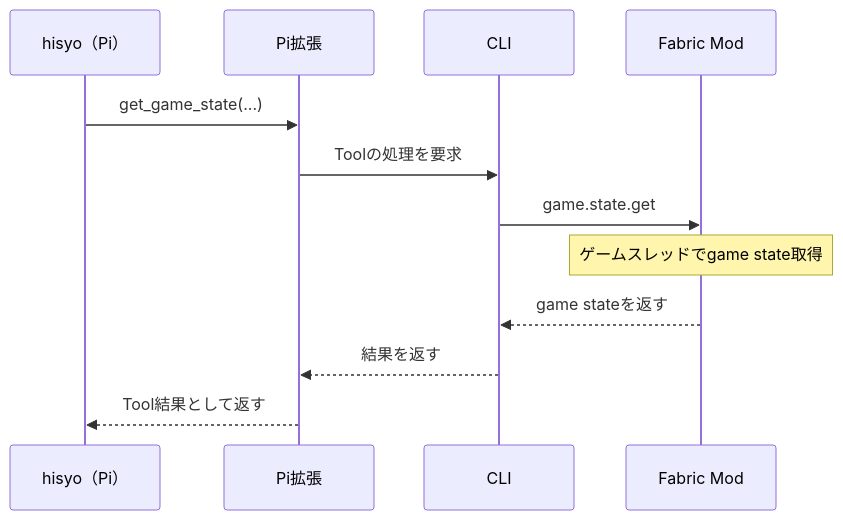
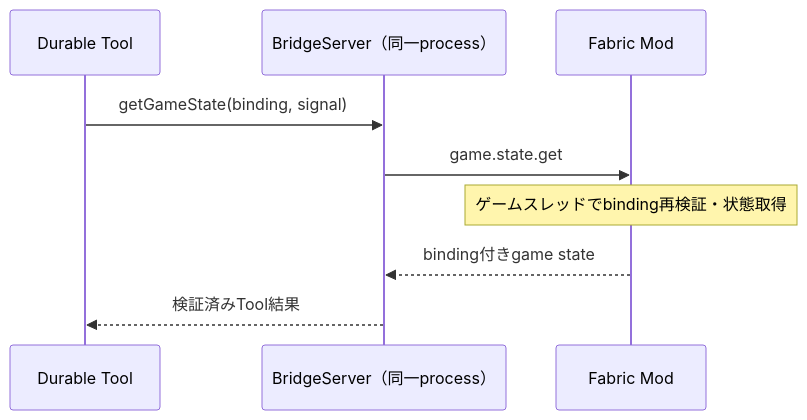
Before and after one commit to ph0ryn/mc-hisyo-mod: the diagram in docs/tools.md, drawn with Mermaid. The commit also changed other lines of this file and 9 other files, not shown here.

````diff
--- a/docs/tools.md
+++ b/docs/tools.md
@@ -47,14 +46,11 @@
 ```mermaid
 sequenceDiagram
-    participant P as hisyo（Pi）
-    participant E as Pi拡張
-    participant C as CLI
+    participant D as Durable Tool
+    participant B as BridgeServer（同一process）
     participant M as Fabric Mod
-    P->>E: get_game_state(...)
-    E->>C: Toolの処理を要求
-    C->>M: game.state.get
-    Note over M: ゲームスレッドでgame state取得
-    M-->>C: game stateを返す
-    C-->>E: 結果を返す
-    E-->>P: Tool結果として返す
+    D->>B: getGameState(binding, signal)
+    B->>M: game.state.get
+    Note over M: ゲームスレッドでbinding再検証・状態取得
+    M-->>B: binding付きgame state
+    B-->>D: 検証済みTool結果
 ```
````
